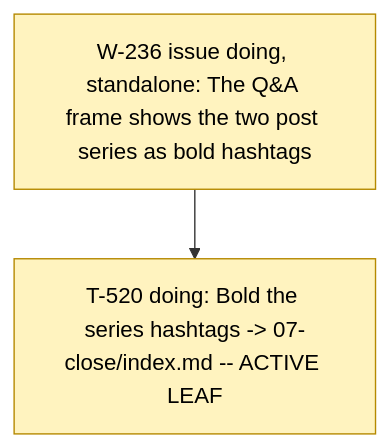
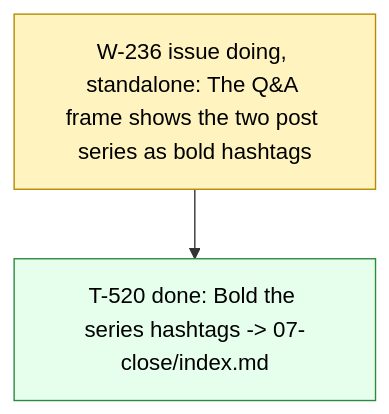
Before and after one commit to dpopchev/chaos-to-simple: the diagram in .board/BOARD.md, drawn with Mermaid. The commit also changed other lines of this file and 1 other file, not shown here.

Commit message:
chore(board): close T-520 -- W-236 ready to land
Refs: W-236 T-520

````diff
--- a/.board/BOARD.md
+++ b/.board/BOARD.md
@@ -1402,11 +1402,12 @@
 ```mermaid
 flowchart TD
   W236["W-236 issue doing, standalone: The Q&A frame shows the two post series as bold hashtags"]
-  W236 --> T520["T-520 doing: Bold the series hashtags -> 07-close/index.md -- ACTIVE LEAF"]
+  W236 --> T520["T-520 done: Bold the series hashtags -> 07-close/index.md"]
   classDef doing fill:#fff3bf,stroke:#b58900,color:#000;
   classDef blocked fill:#ffe3e3,stroke:#c92a2a,color:#000;
   classDef done fill:#e6ffed,stroke:#2b8a3e,color:#000;
   classDef todo fill:#f8f9fa,stroke:#868e96,color:#000;
   classDef pruned fill:#f1f3f5,stroke:#adb5bd,color:#000;
-  class W236,T520 doing
+  class W236 doing
+  class T520 done
 ```
````
